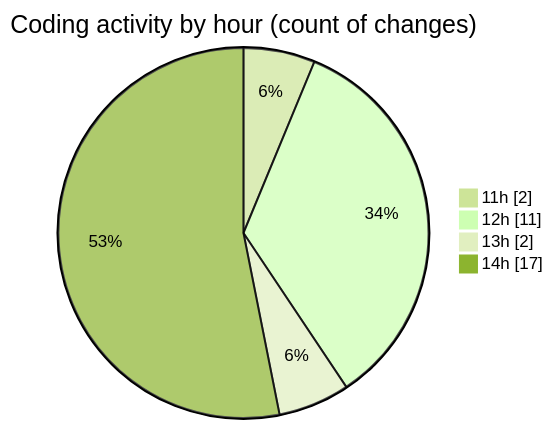
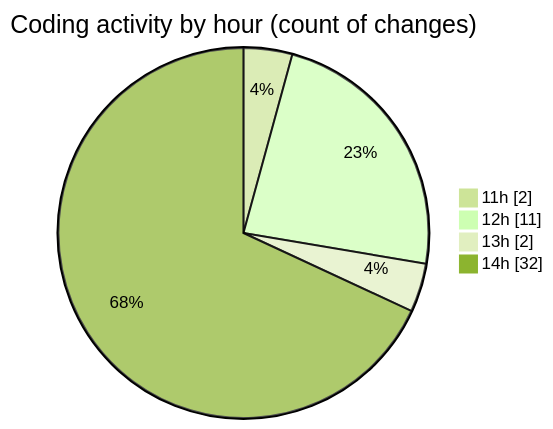
The second of 2 diagrams in 2025-09-10/cashcalc/README.md (nxtqubesakshisongat/code-tracking), drawn with Mermaid (forest theme) before and after one commit. The commit also changed other lines of this file and 1 other file, not shown here.

````diff
--- a/2025-09-10/cashcalc/README.md
+++ b/2025-09-10/cashcalc/README.md
@@ -44,8 +44,8 @@
 ```mermaid
 pie showData
 title Coding activity by hour (count of changes)
 "11h" : 2
 "12h" : 11
 "13h" : 2
-"14h" : 17
+"14h" : 32
 ```
````
